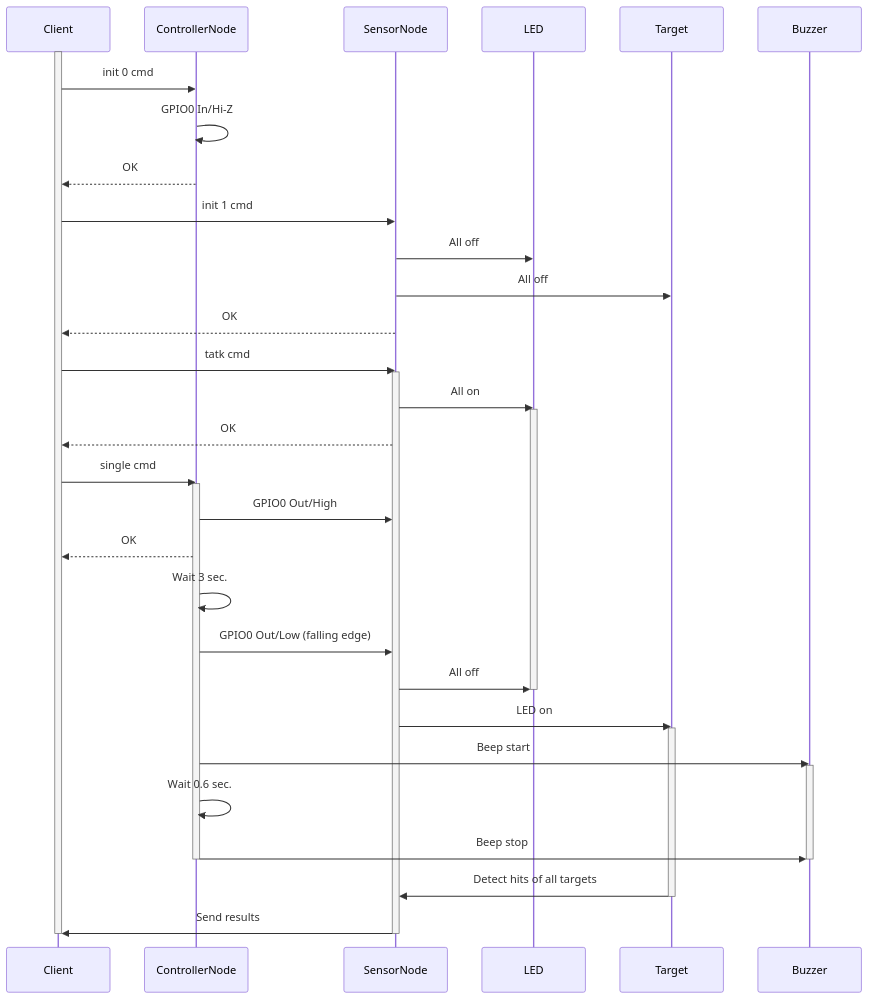
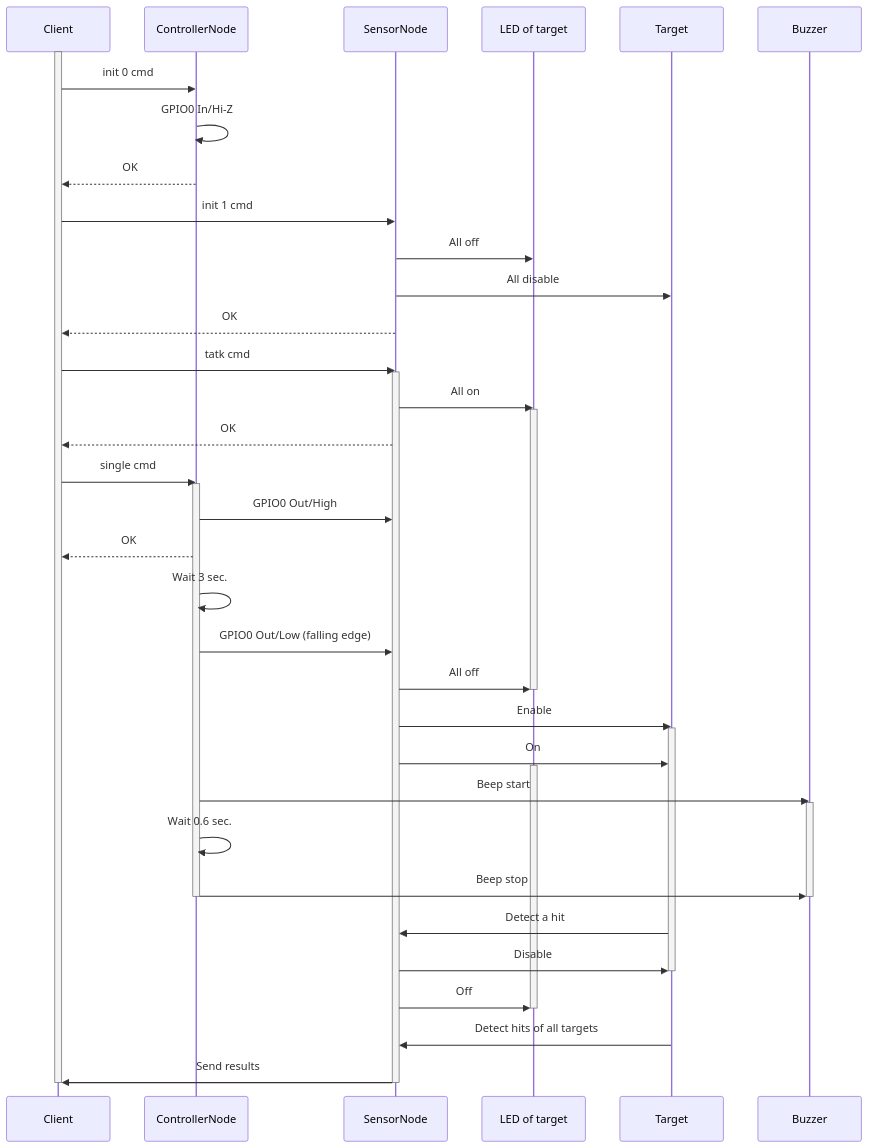
One commit to katsuster/target-6-client changed the third of 4 diagrams in doc/single.md. Above: the diagram before and after it, drawn with Mermaid. The commit also changed other lines of this file, not shown here.

Commit message:
doc: fix sequence of single game

````diff
--- a/doc/single.md
+++ b/doc/single.md
@@ -92,52 +92,59 @@
 ```mermaid
 sequenceDiagram
 participant client as Client
 participant controller as ControllerNode
 participant sensor as SensorNode
-participant led as LED
+participant led as LED of target
 participant target as Target
 participant buzzer as Buzzer
 
 activate client
 
 client ->> controller: init 0 cmd
 controller ->> controller: GPIO0 In/Hi-Z
 controller -->> client: OK
 
 client ->> sensor: init 1 cmd
 sensor ->> led: All off
-sensor ->> target: All off
+sensor ->> target: All disable
 sensor -->> client: OK
 
 client ->> sensor: tatk cmd
 activate sensor
 sensor ->> led: All on
 activate led
 sensor -->> client: OK
 
 client ->> controller: single cmd
 activate controller
 controller ->> sensor: GPIO0 Out/High
 controller -->> client: OK
 
 controller ->> controller: Wait 3 sec.
 controller ->> sensor: GPIO0 Out/Low (falling edge)
 sensor ->> led: All off
 deactivate led
-sensor ->> target: LED on
+sensor ->> target: Enable
 activate target
+sensor ->> target: On
+activate led
 
 controller ->> buzzer: Beep start
 activate buzzer
 controller ->> controller: Wait 0.6 sec.
 controller ->> buzzer: Beep stop
 deactivate buzzer
 deactivate controller
 
+target ->> sensor: Detect a hit
+sensor ->> target: Disable
+deactivate target
+sensor ->> led: Off
+deactivate led
+
 target ->> sensor: Detect hits of all targets
-deactivate target
 sensor ->> client: Send results
 deactivate sensor
 
 deactivate client
 ```
````
